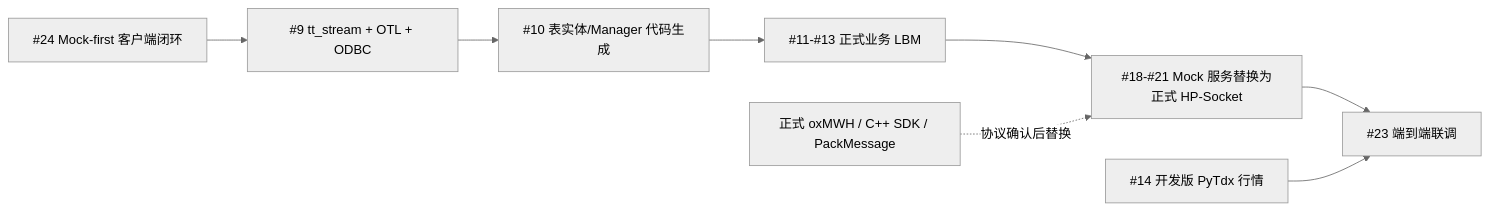
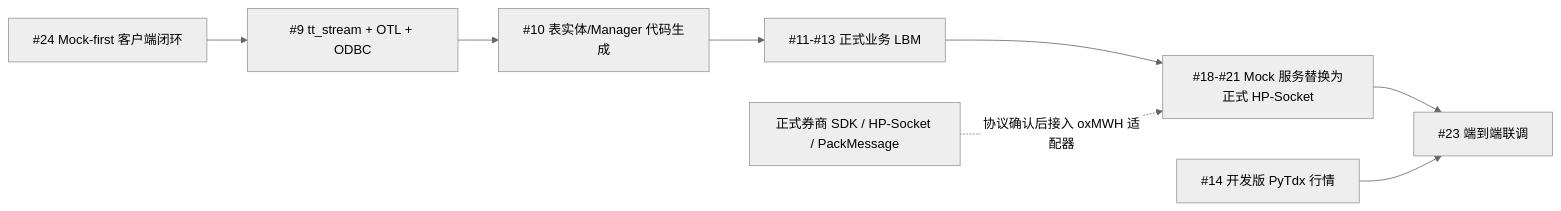
One commit to Weatherbless2/oxtrade changed the fifth of 5 diagrams in README.md. Above: the diagram before and after it, drawn with Mermaid (neutral theme). The commit also changed other lines of this file and 15 other files, not shown here.

````diff
--- a/README.md
+++ b/README.md
@@ -262,10 +259,10 @@
 ```mermaid
 flowchart LR
     M[#24 Mock-first 客户端闭环] --> D[#9 tt_stream + OTL + ODBC]
     D --> G[#10 表实体/Manager 代码生成]
     G --> L[#11-#13 正式业务 LBM]
     L --> H[#18-#21 Mock 服务替换为正式 HP-Socket]
     H --> E[#23 端到端联调]
     P[#14 开发版 PyTdx 行情] --> E
-    Q[正式 oxMWH / C++ SDK / PackMessage] -. 协议确认后替换 .-> H
+    Q[正式券商 SDK / HP-Socket / PackMessage] -. 协议确认后接入 oxMWH 适配器 .-> H
 ```
````
